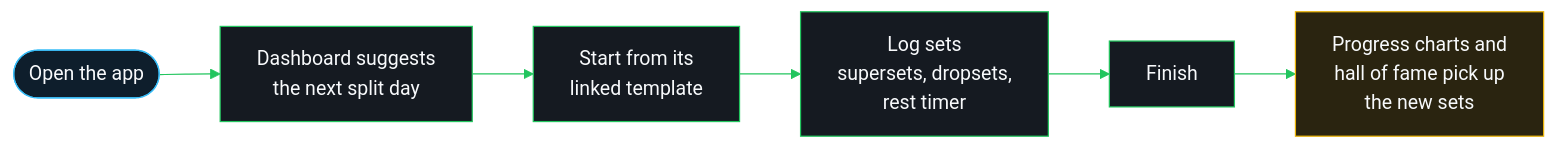
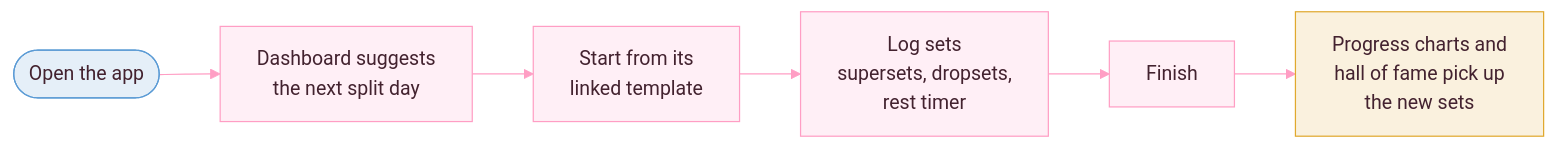
The diagram in docs/overview.md (divyanshjoshii/workout-tracker), drawn with Mermaid before and after one commit. The commit also changed 4 other files, not shown here.

First line of the commit message:
docs: recolour diagrams and badges to the pink theme

````diff
--- a/docs/overview.md
+++ b/docs/overview.md
@@ -13,17 +13,17 @@
 ```mermaid
-%%{init: {"theme": "base", "themeVariables": {"background": "#0B0F14", "primaryColor": "#151A21", "primaryTextColor": "#F8FAFC", "primaryBorderColor": "#22C55E", "lineColor": "#22C55E", "textColor": "#F8FAFC", "edgeLabelBackground": "#0B0F14"}}}%%
-%% palette 219897bf
+%%{init: {"theme":"base","themeVariables":{"background":"#FFFFFF","primaryColor":"#FFFFFF","primaryTextColor":"#43222F","primaryBorderColor":"#FF9EC4","lineColor":"#FF9EC4","secondaryColor":"#FFF3F8","tertiaryColor":"#FFFFFF","textColor":"#43222F","edgeLabelBackground":"#FFFFFF","clusterBkg":"#FFFFFF","clusterBorder":"#D9D3D5","titleColor":"#43222F","rowOdd":"#FFFFFF","rowEven":"#F4F2F3","attributeBackgroundColorOdd":"#FFFFFF","attributeBackgroundColorEven":"#F4F2F3","actorBkg":"#FFFFFF","actorBorder":"#FF9EC4","actorTextColor":"#43222F","actorLineColor":"#AA9CA1","signalColor":"#FF9EC4","signalTextColor":"#43222F","labelBoxBkgColor":"#FFFFFF","labelBoxBorderColor":"#FF9EC4","labelTextColor":"#43222F","loopTextColor":"#43222F","noteBkgColor":"#FFF0F6","noteTextColor":"#43222F","noteBorderColor":"#FF9EC4","activationBkgColor":"#FF9EC4","activationBorderColor":"#FF9EC4"}}}%%
+%% palette 24b50cd8
 flowchart LR
     open(["Open the app"]) --> dash["Dashboard suggests<br/>the next split day"]
     dash --> start["Start from its<br/>linked template"]
     start --> log["Log sets<br/>supersets, dropsets,<br/>rest timer"]
     log --> finish["Finish"]
     finish --> prog["Progress charts and<br/>hall of fame pick up<br/>the new sets"]
 
-    classDef entry fill:#0E1E2C,stroke:#38BDF8,color:#F8FAFC
-    classDef step fill:#151A21,stroke:#22C55E,color:#F8FAFC
-    classDef payoff fill:#2A2410,stroke:#EAB308,color:#F8FAFC
+    classDef entry fill:#E5EFF8,stroke:#5B9BD5,color:#43222F
+    classDef step fill:#FFEFF6,stroke:#FF9EC4,color:#43222F
+    classDef payoff fill:#FAF1DE,stroke:#E0A92E,color:#43222F
     class open entry
     class dash,start,log,finish step
     class prog payoff
 ```
````
